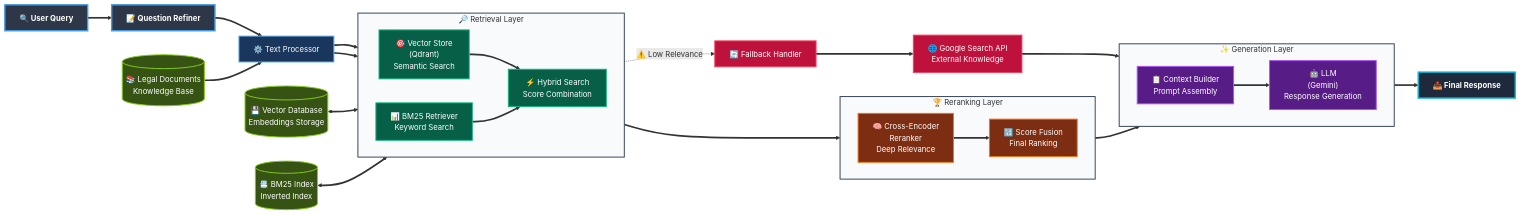
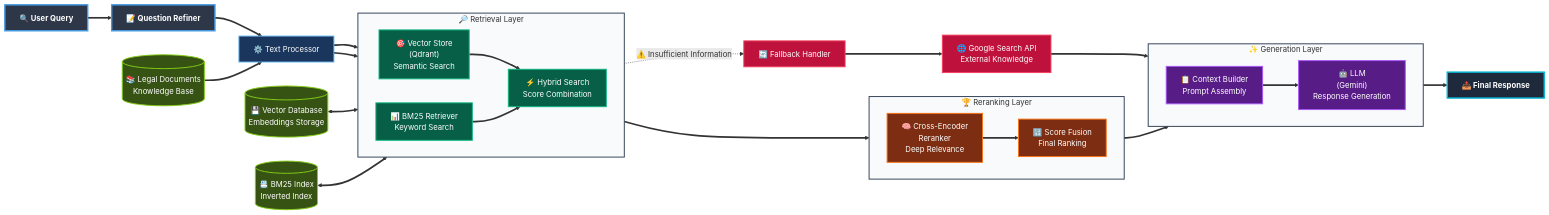
Before and after one commit to fisherman611/vietnamese-legal-chatbot: the diagram in README.md, drawn with Mermaid.

````diff
--- a/README.md
+++ b/README.md
@@ -39,75 +39,75 @@
 ```mermaid
 flowchart LR
     %% Input Layer
     Query["🔍 User Query"] ==> QR["📝 Question Refiner"]
     QR ==> TP["⚙️ Text Processor"]
     
     %% Data Sources
     DOCS[("📚 Legal Documents<br/>Knowledge Base")] ==> TP
     
     %% Retrieval Layer
     subgraph retrieval["🔎 Retrieval Layer"]
         direction LR
         VS["🎯 Vector Store<br/>(Qdrant)<br/>Semantic Search"] 
         BM25["📊 BM25 Retriever<br/>Keyword Search"]
         Hybrid["⚡ Hybrid Search<br/>Score Combination"]
         VS ==> Hybrid
         BM25 ==> Hybrid
     end
     
     %% Reranking Layer
     subgraph reranking["🏆 Reranking Layer"]
         direction LR
         RR["🧠 Cross-Encoder<br/>Reranker<br/>Deep Relevance"]
         SF["🔢 Score Fusion<br/>Final Ranking"]
         RR ==> SF
     end
     
     %% Generation Layer
     subgraph generation["✨ Generation Layer"]
         direction LR
         CT["📋 Context Builder<br/>Prompt Assembly"]
         LLM["🤖 LLM<br/>(Gemini)<br/>Response Generation"]
         CT ==> LLM
     end
     
     %% Main flow connections
     TP ==> VS
     TP ==> BM25
     Hybrid ==> RR
     SF ==> CT
     LLM ==> Response["📤 Final Response"]
     
     %% Fallback System
-    Hybrid -.->|"⚠️ Low Relevance"| FB["🔄 Fallback Handler"]
+    Hybrid -.->|"⚠️ Insufficient Information"| FB["🔄 Fallback Handler"]
     FB ==> GS["🌐 Google Search API<br/>External Knowledge"]
     GS ==> CT
     
     %% External Data Stores
     VDB[("💾 Vector Database<br/>Embeddings Storage")] <==> VS
     BM25DB[("📇 BM25 Index<br/>Inverted Index")] <==> BM25
     
     %% Enhanced Styling
     classDef inputNode fill:#2d3748,stroke:#4299e1,stroke-width:3px,color:#ffffff,font-weight:bold
     classDef processNode fill:#1a365d,stroke:#63b3ed,stroke-width:2px,color:#ffffff
     classDef retrievalNode fill:#065f46,stroke:#10b981,stroke-width:2px,color:#ffffff
     classDef rerankNode fill:#7c2d12,stroke:#f97316,stroke-width:2px,color:#ffffff
     classDef generationNode fill:#581c87,stroke:#a855f7,stroke-width:2px,color:#ffffff
     classDef fallbackNode fill:#be123c,stroke:#f43f5e,stroke-width:2px,color:#ffffff
     classDef dataNode fill:#365314,stroke:#84cc16,stroke-width:2px,color:#ffffff
     classDef outputNode fill:#1e293b,stroke:#06b6d4,stroke-width:3px,color:#ffffff,font-weight:bold
     
     %% Apply styles
     class Query,QR inputNode
     class TP processNode
     class VS,BM25,Hybrid retrievalNode
     class RR,SF rerankNode
     class CT,LLM generationNode
     class FB,GS fallbackNode
     class DOCS,VDB,BM25DB dataNode
     class Response outputNode
     
     %% Subgraph styling
     classDef subgraphStyle fill:#f8fafc,stroke:#334155,stroke-width:2px
     class retrieval,reranking,generation subgraphStyle
 ```
````
